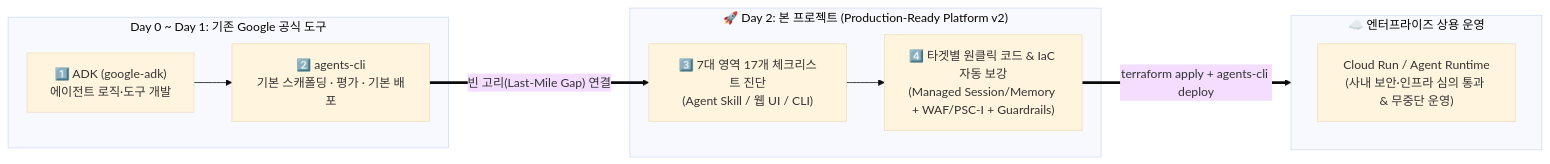
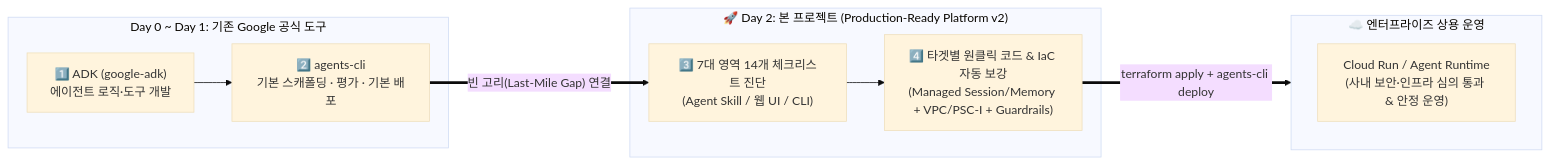
One commit to kiwonilee/production-ready-agent-platform changed the diagram in README.md. Above: the diagram before and after it, drawn with Mermaid (base theme). The commit also changed other lines of this file and 16 other files, not shown here.

````diff
--- a/README.md
+++ b/README.md
@@ -33,21 +35,21 @@
 ```mermaid
 flowchart LR
     subgraph Day0_1["Day 0 ~ Day 1: 기존 Google 공식 도구"]
         ADK["1️⃣ ADK (google-adk)<br/>에이전트 로직·도구 개발"]
         ACLI["2️⃣ agents-cli<br/>기본 스캐폴딩 · 평가 · 기본 배포"]
         ADK --> ACLI
     end
 
     subgraph OurProject["🚀 Day 2: 본 프로젝트 (Production-Ready Platform v2)"]
-        Check["3️⃣ 7대 영역 17개 체크리스트 진단<br/>(Agent Skill / 웹 UI / CLI)"]
-        Patch["4️⃣ 타겟별 원클릭 코드 & IaC 자동 보강<br/>(Managed Session/Memory + WAF/PSC-I + Guardrails)"]
+        Check["3️⃣ 7대 영역 14개 체크리스트 진단<br/>(Agent Skill / 웹 UI / CLI)"]
+        Patch["4️⃣ 타겟별 원클릭 코드 & IaC 자동 보강<br/>(Managed Session/Memory + VPC/PSC-I + Guardrails)"]
         Check --> Patch
     end
 
     subgraph Prod["☁️ 엔터프라이즈 상용 운영"]
-        CR["Cloud Run / Agent Runtime<br/>(사내 보안·인프라 심의 통과 & 무중단 운영)"]
+        CR["Cloud Run / Agent Runtime<br/>(사내 보안·인프라 심의 통과 & 안정 운영)"]
     end
 
     ACLI ==>|"빈 고리(Last-Mile Gap) 연결"| Check
     Patch ==>|"terraform apply + agents-cli deploy"| Prod
 ```
````
